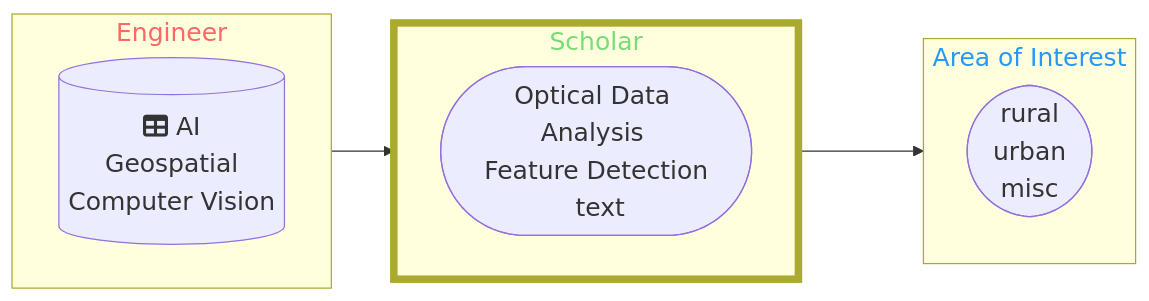
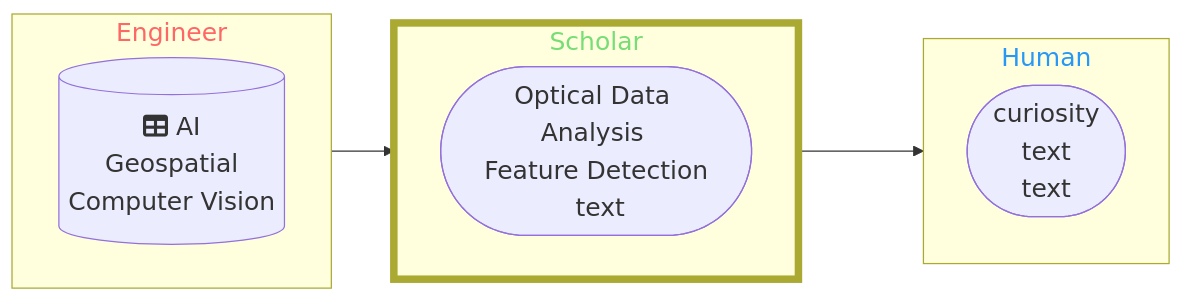
One commit to DippoldEJ/DippoldEJ changed the diagram in README.md. Above: the diagram before and after it, drawn with Mermaid.

````diff
--- a/README.md
+++ b/README.md
@@ -3,30 +3,30 @@
 ```mermaid
 flowchart LR;
 %%{init: {
 	'themeVariables': { 'fontSize': '20px', 'fontFamily': 'Didot'}
 	}
 }%%
 
 subgraph n[Engineer]
         direction LR
         b[(fa:fa-table AI <br> Geospatial <br> Computer Vision)]
     end
 
 subgraph o[Scholar]
         direction LR
         j([Optical Data Analysis <br> Feature Detection <br> text])
 
     end
 
- subgraph p[Area of Interest]
-    a([rural <br /> urban  <br />  misc])
+ subgraph p[Human]
+    a([curiosity <br /> text  <br />  text])
     end
 
 style n color:#f66
 style o stroke-width:6px
 style o color:#77DD77
 style p color:#2798F5
 
 n-->o
 o-->p
 ```
````
